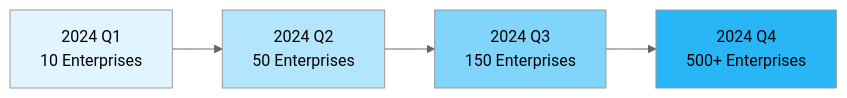
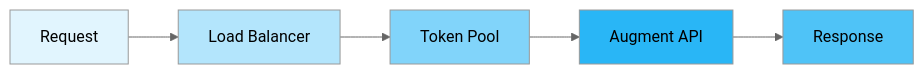
The third of 3 diagrams in README.md (POf-L/Augment2api-plus), drawn with Mermaid (neutral theme) before and after one commit. The commit also changed other lines of this file, not shown here.

````diff
--- a/README.md
+++ b/README.md
@@ -584,11 +648,13 @@
 ```mermaid
 graph LR
-    A[2024 Q1<br/>10 Enterprises] --> B[2024 Q2<br/>50 Enterprises]
-    B --> C[2024 Q3<br/>150 Enterprises]
-    C --> D[2024 Q4<br/>500+ Enterprises]
+    A[Request] --> B[Load Balancer]
+    B --> C[Token Pool]
+    C --> D[Augment API]
+    D --> E[Response]
 
     style A fill:#e1f5fe
     style B fill:#b3e5fc
     style C fill:#81d4fa
     style D fill:#29b6f6
+    style E fill:#4fc3f7
 ```
````
